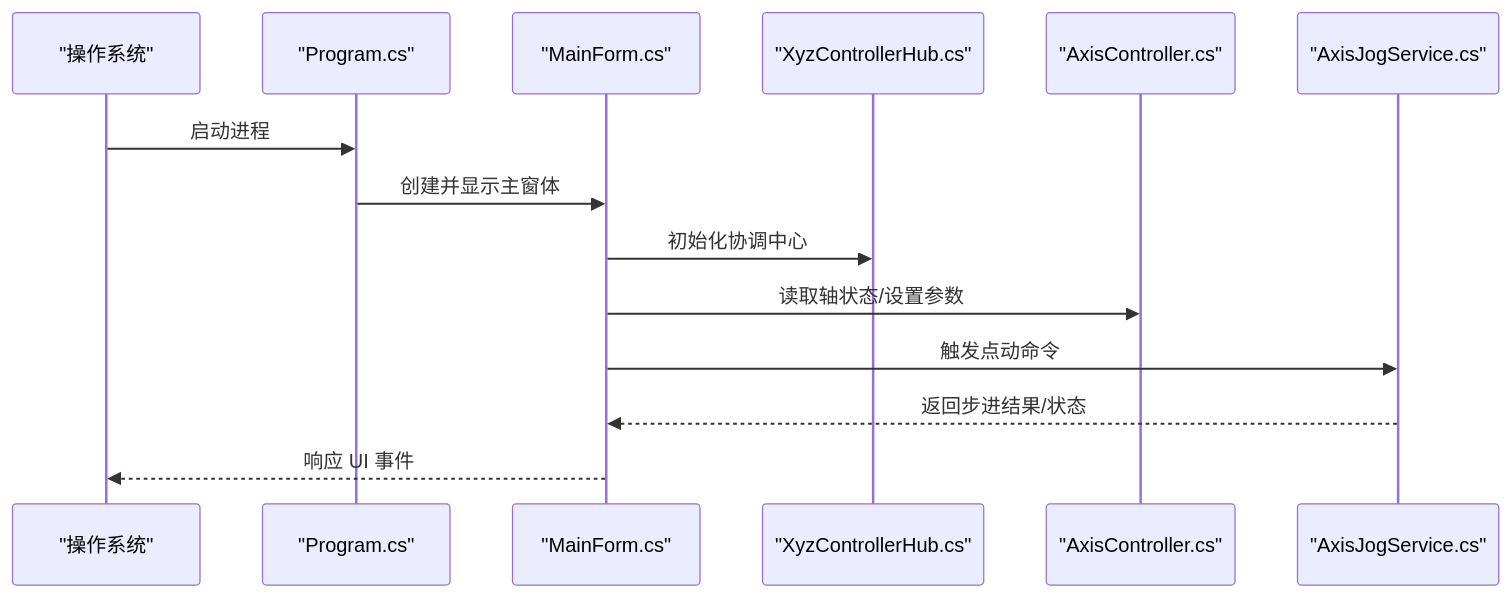
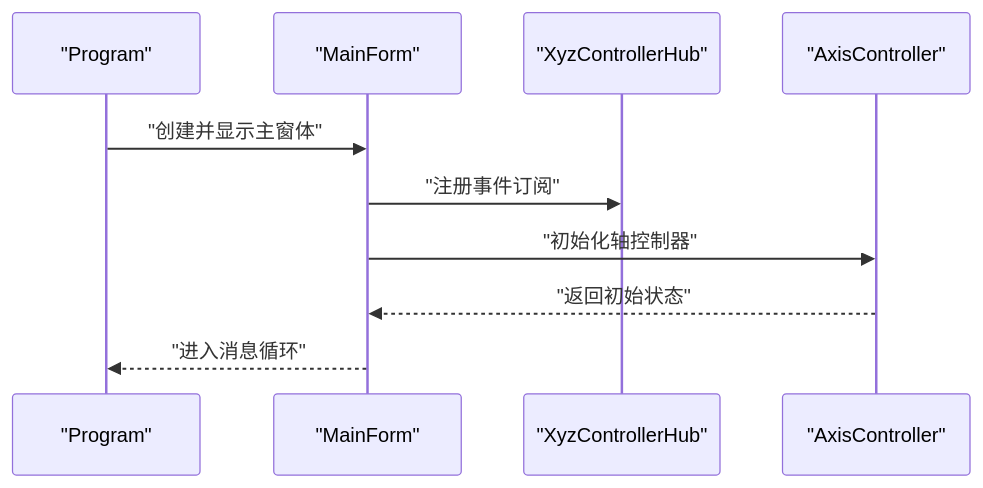
Before and after one commit to fuweiq94-cloud/3399180760: the third of 8 diagrams in .qoder/repowiki/zh/content/开发指南.md, drawn with Mermaid. The commit also changed other lines of this file and 94 other files, not shown here.

First line of the commit message:
docs(api): 添加完整 XyzController API 接口文档

````diff
--- a/.qoder/repowiki/zh/content/开发指南.md
+++ b/.qoder/repowiki/zh/content/开发指南.md
@@ -188,16 +280,12 @@
 ```mermaid
 sequenceDiagram
-participant OS as "操作系统"
-participant App as "Program.cs"
-participant Form as "MainForm.cs"
-participant Hub as "XyzControllerHub.cs"
-participant AC as "AxisController.cs"
-participant AJ as "AxisJogService.cs"
-OS->>App : 启动进程
-App->>Form : 创建并显示主窗体
-Form->>Hub : 初始化协调中心
-Form->>AC : 读取轴状态/设置参数
-Form->>AJ : 触发点动命令
-AJ-->>Form : 返回步进结果/状态
-Form-->>OS : 响应 UI 事件
+participant App as "Program"
+participant Main as "MainForm"
+participant Hub as "XyzControllerHub"
+participant Axis as "AxisController"
+App->>Main : "创建并显示主窗体"
+Main->>Hub : "注册事件订阅"
+Main->>Axis : "初始化轴控制器"
+Axis-->>Main : "返回初始状态"
+Main-->>App : "进入消息循环"
 ```
````
